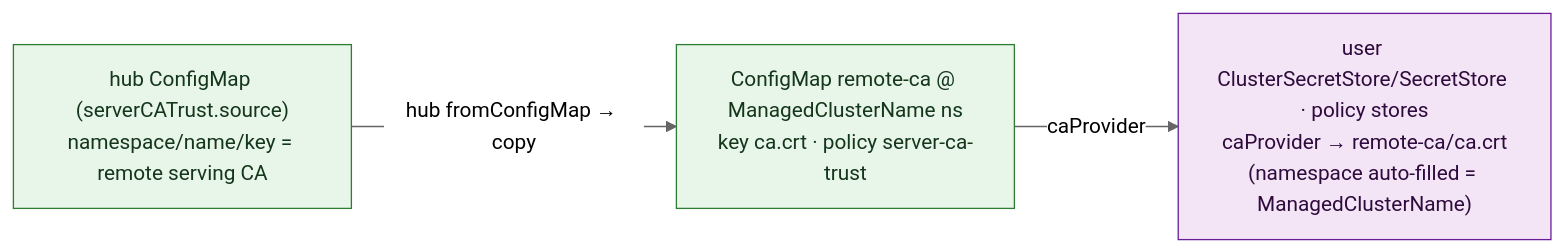
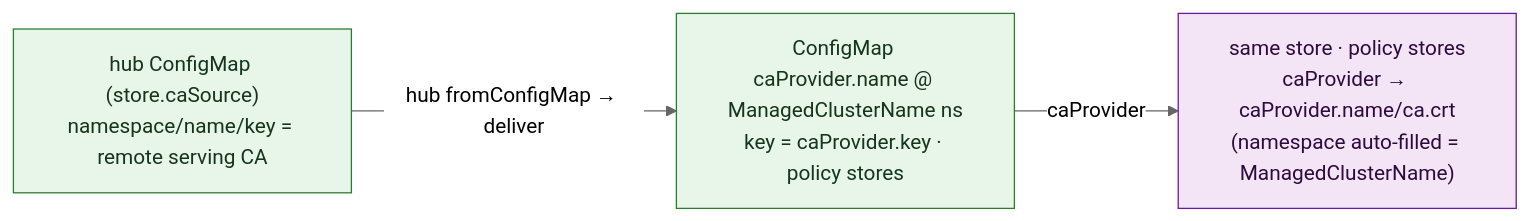
The second of 3 diagrams in policies/stable/external-secrets-operator/README.md (auto-shift/autoshiftv2), drawn with Mermaid (neutral theme) before and after one commit. The commit also changed other lines of this file and 10 other files, not shown here.

````diff
--- a/policies/stable/external-secrets-operator/README.md
+++ b/policies/stable/external-secrets-operator/README.md
@@ -103,9 +105,9 @@
 ```mermaid
 flowchart LR
   classDef serve fill:#e8f5e9,stroke:#2e7d32,color:#14361b;
   classDef store fill:#f3e5f5,stroke:#6a1b9a,color:#2e0a3d;
-  G1["hub ConfigMap (serverCATrust.source)<br/>namespace/name/key = remote serving CA"]:::serve
-  G2["ConfigMap remote-ca @ ManagedClusterName ns<br/>key ca.crt · policy server-ca-trust"]:::serve
-  G3["user ClusterSecretStore/SecretStore · policy stores<br/>caProvider → remote-ca/ca.crt<br/>(namespace auto-filled = ManagedClusterName)"]:::store
-  G1 -->|hub fromConfigMap → copy| G2 -->|caProvider| G3
+  G1["hub ConfigMap (store.caSource)<br/>namespace/name/key = remote serving CA"]:::serve
+  G2["ConfigMap caProvider.name @ ManagedClusterName ns<br/>key = caProvider.key · policy stores"]:::serve
+  G3["same store · policy stores<br/>caProvider → caProvider.name/ca.crt<br/>(namespace auto-filled = ManagedClusterName)"]:::store
+  G1 -->|hub fromConfigMap → deliver| G2 -->|caProvider| G3
 ```
````
